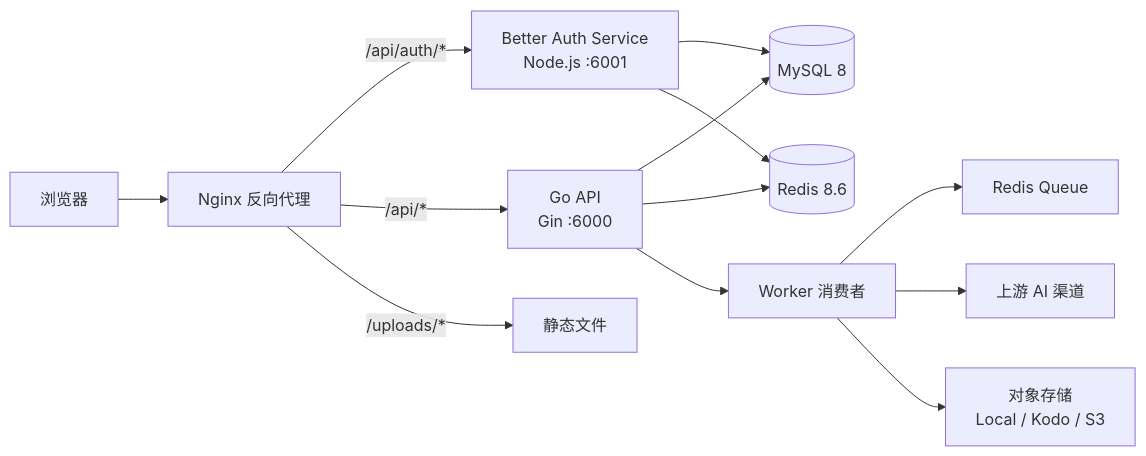
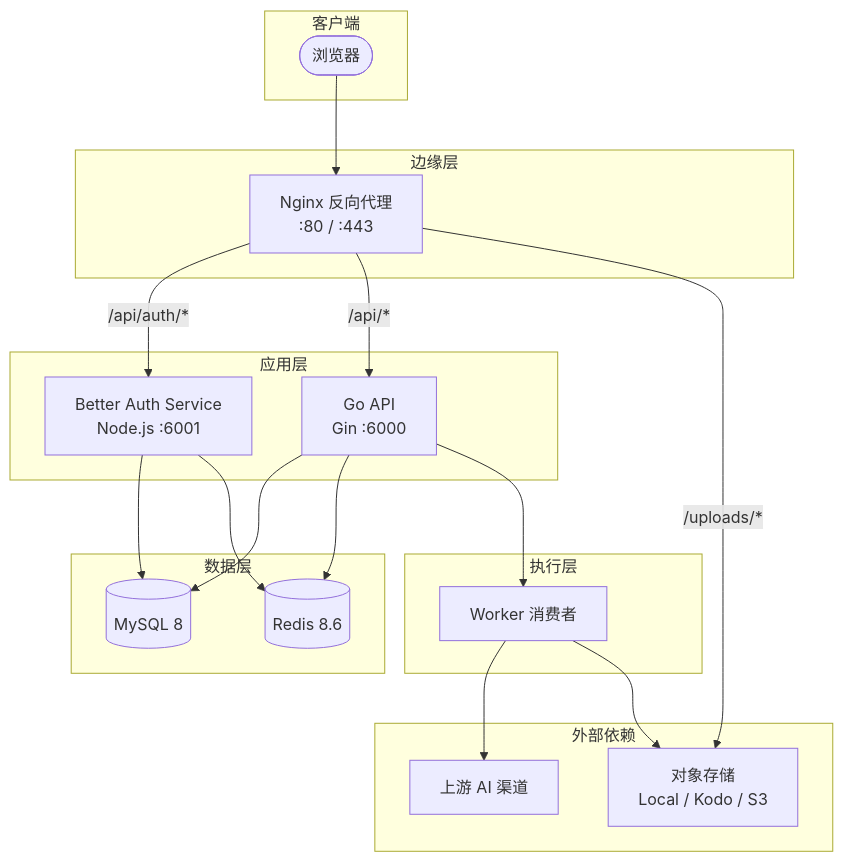
Before and after one commit to Ericsunsk/IdeaBoard: the diagram in README.md, drawn with Mermaid.

Commit message:
docs: restructure Mermaid architecture diagram with subgraph grouping

````diff
--- a/README.md
+++ b/README.md
@@ -68,17 +68,42 @@
 ```mermaid
-graph LR
-  Browser[浏览器] --> Nginx[Nginx 反向代理]
-  Nginx -->|/api/auth/*| Auth[Better Auth Service<br/>Node.js :6001]
-  Nginx -->|/api/*| GoAPI[Go API<br/>Gin :6000]
-  Nginx -->|/uploads/*| Static[静态文件]
+graph TB
+  subgraph 客户端
+    Browser([浏览器])
+  end
 
-  GoAPI --> MySQL[(MySQL 8)]
-  GoAPI --> Redis[(Redis 8.6)]
+  subgraph 边缘层
+    Nginx[Nginx 反向代理<br/>:80 / :443]
+  end
+
+  subgraph 应用层
+    Auth[Better Auth Service<br/>Node.js :6001]
+    GoAPI[Go API<br/>Gin :6000]
+  end
+
+  subgraph 数据层
+    MySQL[(MySQL 8)]
+    Redis[(Redis 8.6)]
+  end
+
+  subgraph 执行层
+    Worker[Worker 消费者]
+  end
+
+  subgraph 外部依赖
+    Channel[上游 AI 渠道]
+    Storage[对象存储<br/>Local / Kodo / S3]
+  end
+
+  Browser --> Nginx
+  Nginx -->|/api/auth/*| Auth
+  Nginx -->|/api/*| GoAPI
+  Nginx -->|/uploads/*| Storage
+
   Auth --> MySQL
   Auth --> Redis
-
-  GoAPI --> Worker[Worker 消费者]
-  Worker --> Queue[Redis Queue]
-  Worker --> Channel[上游 AI 渠道]
-  Worker --> Storage[对象存储<br/>Local / Kodo / S3]
+  GoAPI --> MySQL
+  GoAPI --> Redis
+  GoAPI --> Worker
+  Worker --> Channel
+  Worker --> Storage
 ```
````
